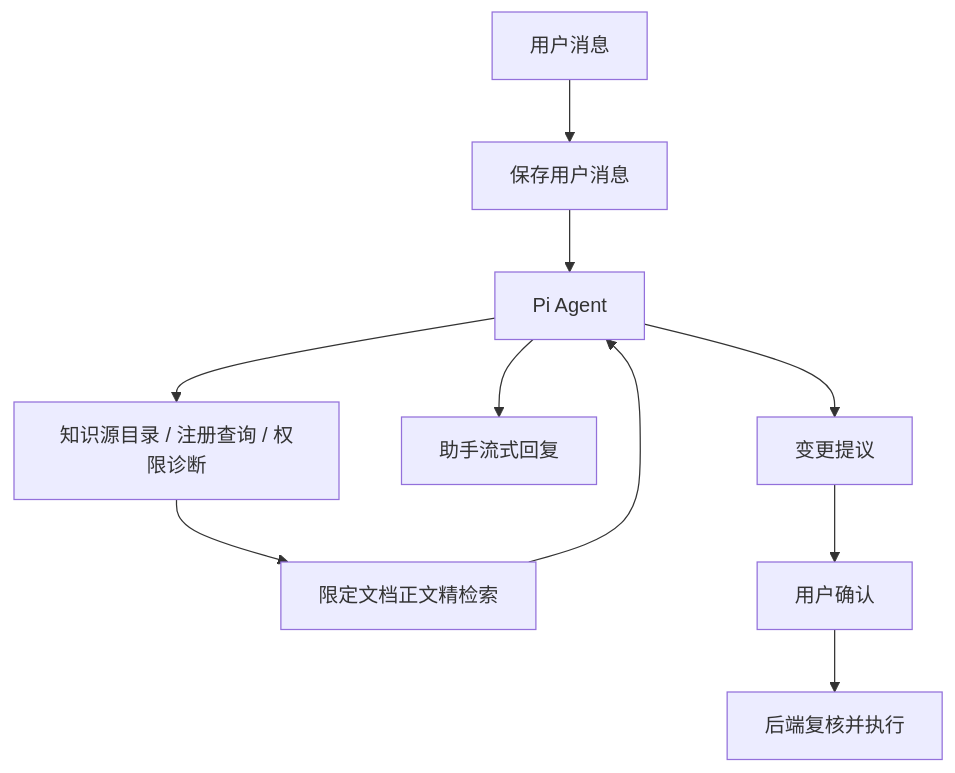
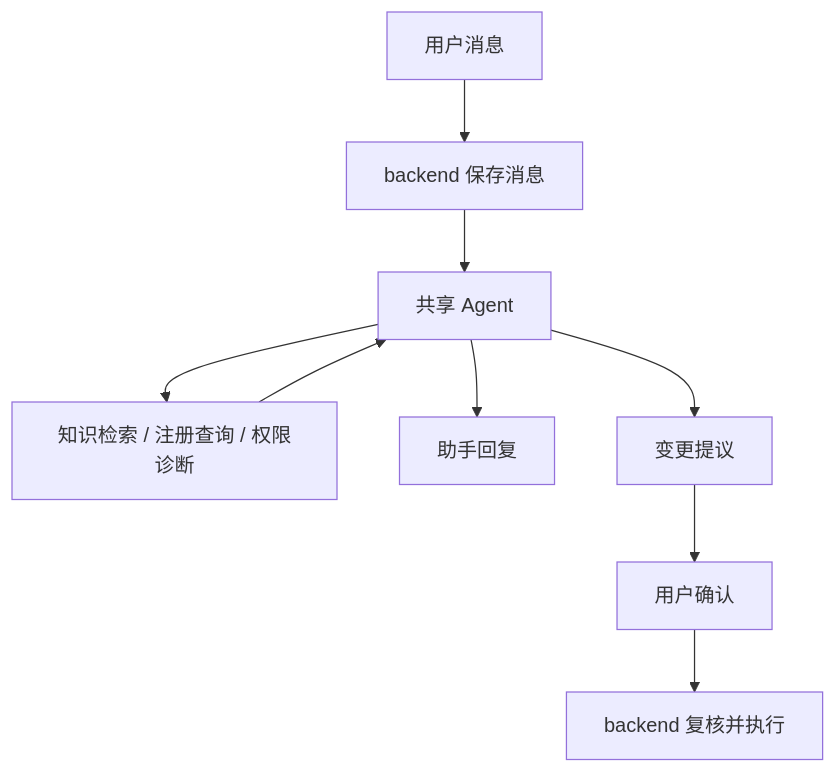
The diagram in docs/ai-assistant-capabilities.md (OSpoon/api-starter-kit), drawn with Mermaid before and after one commit. The commit also changed other lines of this file and 27 other files, not shown here.

Commit message:
docs: refactor project documentation and diagrams

````diff
--- a/docs/ai-assistant-capabilities.md
+++ b/docs/ai-assistant-capabilities.md
@@ -67,12 +47,11 @@
 ```mermaid
 flowchart TB
-  A["用户消息"] --> B["保存用户消息"]
-  B --> C["Pi Agent"]
-  C --> D["知识源目录 / 注册查询 / 权限诊断"]
-  D --> E["限定文档正文精检索"]
-  E --> C
-  C --> F["助手流式回复"]
-  C --> G["变更提议"]
-  G --> H["用户确认"]
-  H --> I["后端复核并执行"]
+  A["用户消息"] --> B["backend 保存消息"]
+  B --> C["共享 Agent"]
+  C --> D["知识检索 / 注册查询 / 权限诊断"]
+  D --> C
+  C --> E["助手回复"]
+  C --> F["变更提议"]
+  F --> G["用户确认"]
+  G --> H["backend 复核并执行"]
 ```
````
